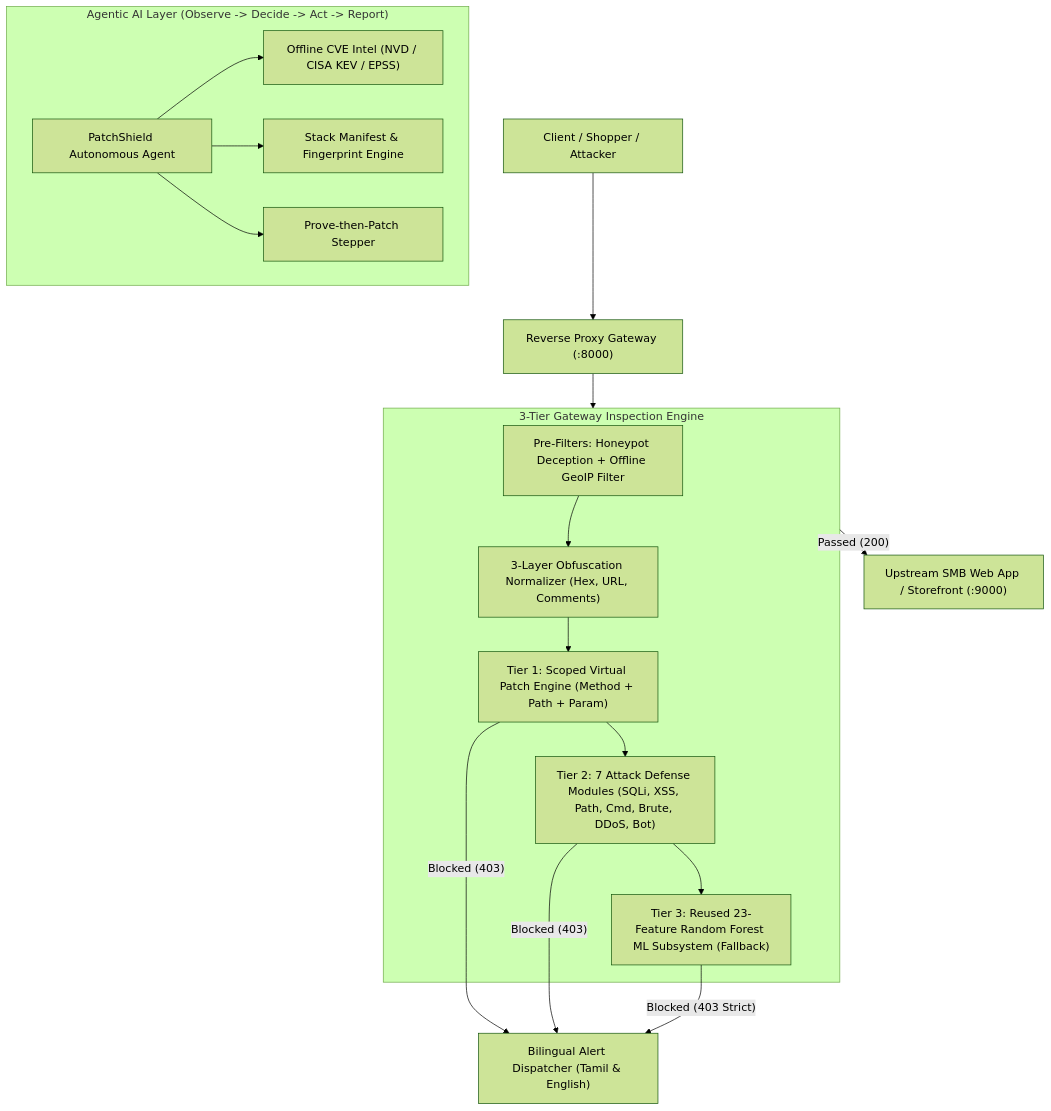
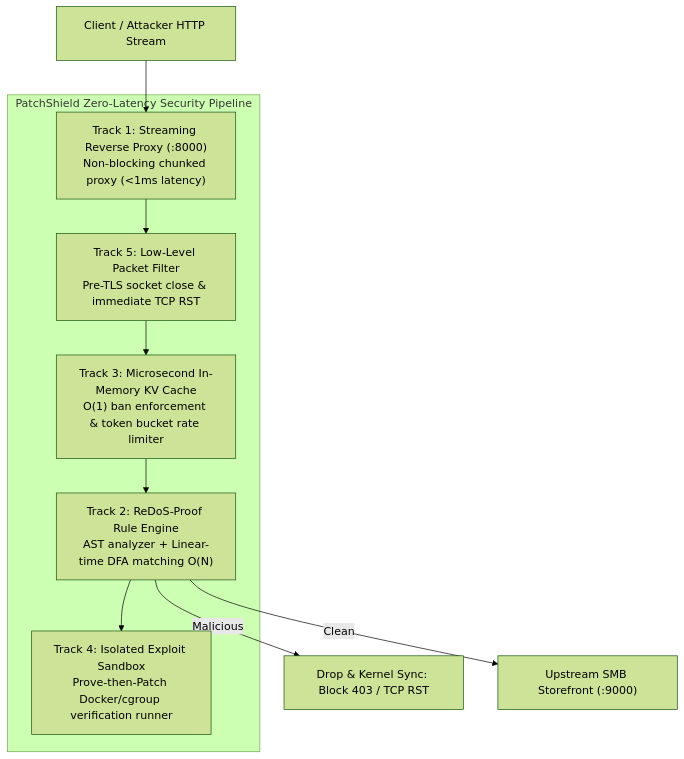
Before and after one commit to mxcro-exe/firewall: the first of 2 diagrams in README.md, drawn with Mermaid (forest theme). The commit also changed other lines of this file and 2 other files, not shown here.

Commit message:
docs: Overhaul README with advanced architecture, 5-track systems blueprints, 20 attack modules, and live testing guide

````diff
--- a/README.md
+++ b/README.md
@@ -48,23 +46,14 @@
 ```mermaid
 flowchart TD
-    Client["Client / Shopper / Attacker"] --> Proxy["Reverse Proxy Gateway (:8000)"]
+    Client["Client / Attacker HTTP Stream"] --> Gateway["Track 1: Streaming Reverse Proxy (:8000)<br/>Non-blocking chunked proxy (<1ms latency)"]
     
-    subgraph InspectionPipeline["3-Tier Gateway Inspection Engine"]
-        PreFilter["Pre-Filters: Honeypot Deception + Offline GeoIP Filter"] --> Normalizer["3-Layer Obfuscation Normalizer (Hex, URL, Comments)"]
-        Normalizer --> Tier1["Tier 1: Scoped Virtual Patch Engine (Method + Path + Param)"]
-        Tier1 --> Tier2["Tier 2: 7 Attack Defense Modules (SQLi, XSS, Path, Cmd, Brute, DDoS, Bot)"]
-        Tier2 --> Tier3["Tier 3: Reused 23-Feature Random Forest ML Subsystem (Fallback)"]
+    subgraph CoreEngine["PatchShield Zero-Latency Security Pipeline"]
+        Gateway --> T0["Track 5: Low-Level Packet Filter<br/>Pre-TLS socket close & immediate TCP RST"]
+        T0 --> T3["Track 3: Microsecond In-Memory KV Cache<br/>O(1) ban enforcement & token bucket rate limiter"]
+        T3 --> T2["Track 2: ReDoS-Proof Rule Engine<br/>AST analyzer + Linear-time DFA matching O(N)"]
+        T2 --> T4["Track 4: Isolated Exploit Sandbox<br/>Prove-then-Patch Docker/cgroup verification runner"]
     end
     
-    Proxy --> InspectionPipeline
-    Tier1 -- "Blocked (403)" --> AlertDispatcher["Bilingual Alert Dispatcher (Tamil & English)"]
-    Tier2 -- "Blocked (403)" --> AlertDispatcher
-    Tier3 -- "Blocked (403 Strict)" --> AlertDispatcher
-    InspectionPipeline -- "Passed (200)" --> Upstream["Upstream SMB Web App / Storefront (:9000)"]
-    
-    subgraph AgentLayer["Agentic AI Layer (Observe -> Decide -> Act -> Report)"]
-        OODA["PatchShield Autonomous Agent"] --> CVEFeed["Offline CVE Intel (NVD / CISA KEV / EPSS)"]
-        OODA --> Inventory["Stack Manifest & Fingerprint Engine"]
-        OODA --> ProvePipeline["Prove-then-Patch Stepper"]
-    end
+    T2 -- "Malicious" --> Drop["Drop & Kernel Sync: Block 403 / TCP RST"]
+    T2 -- "Clean" --> Upstream["Upstream SMB Storefront (:9000)"]
 ```
````
